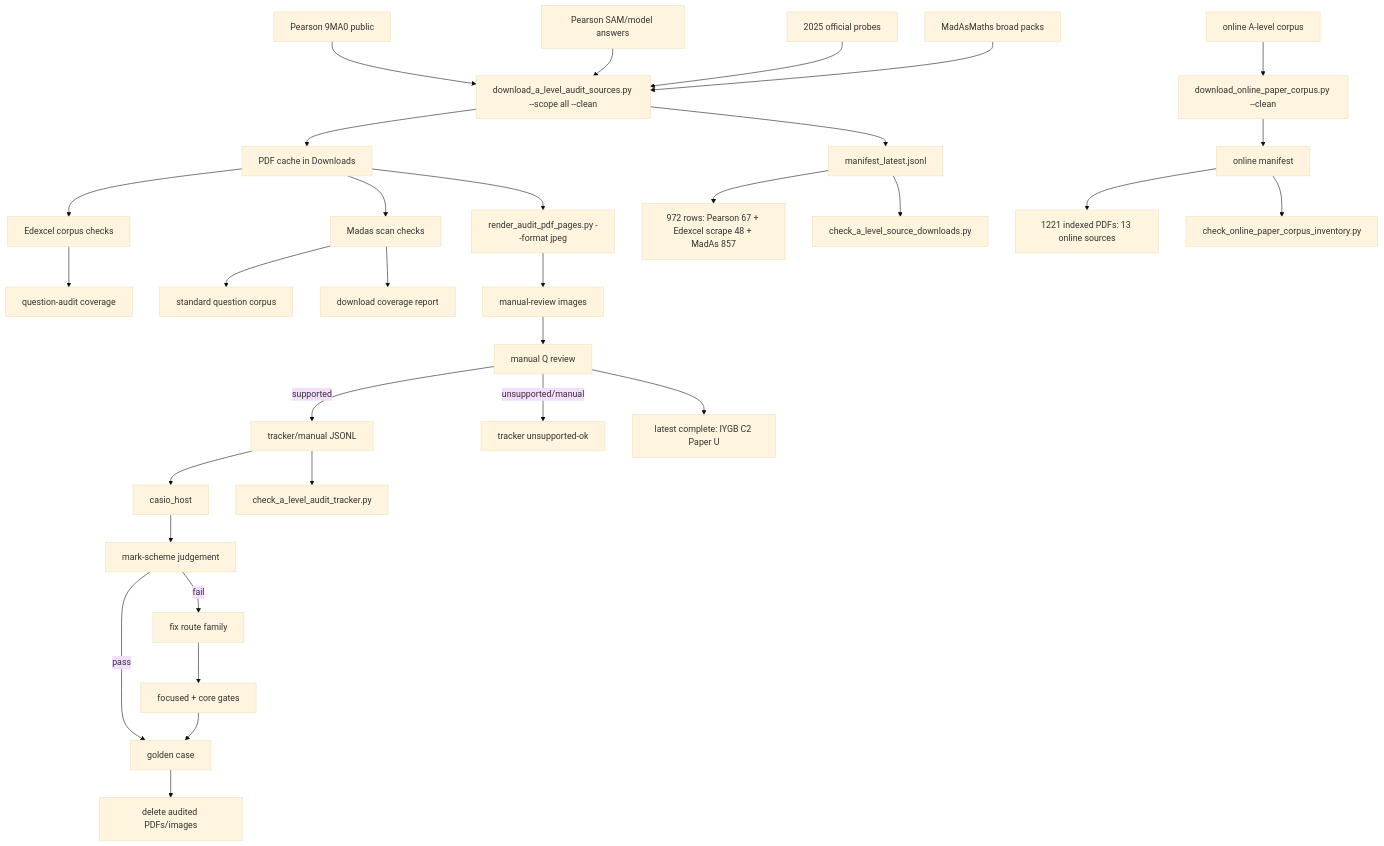
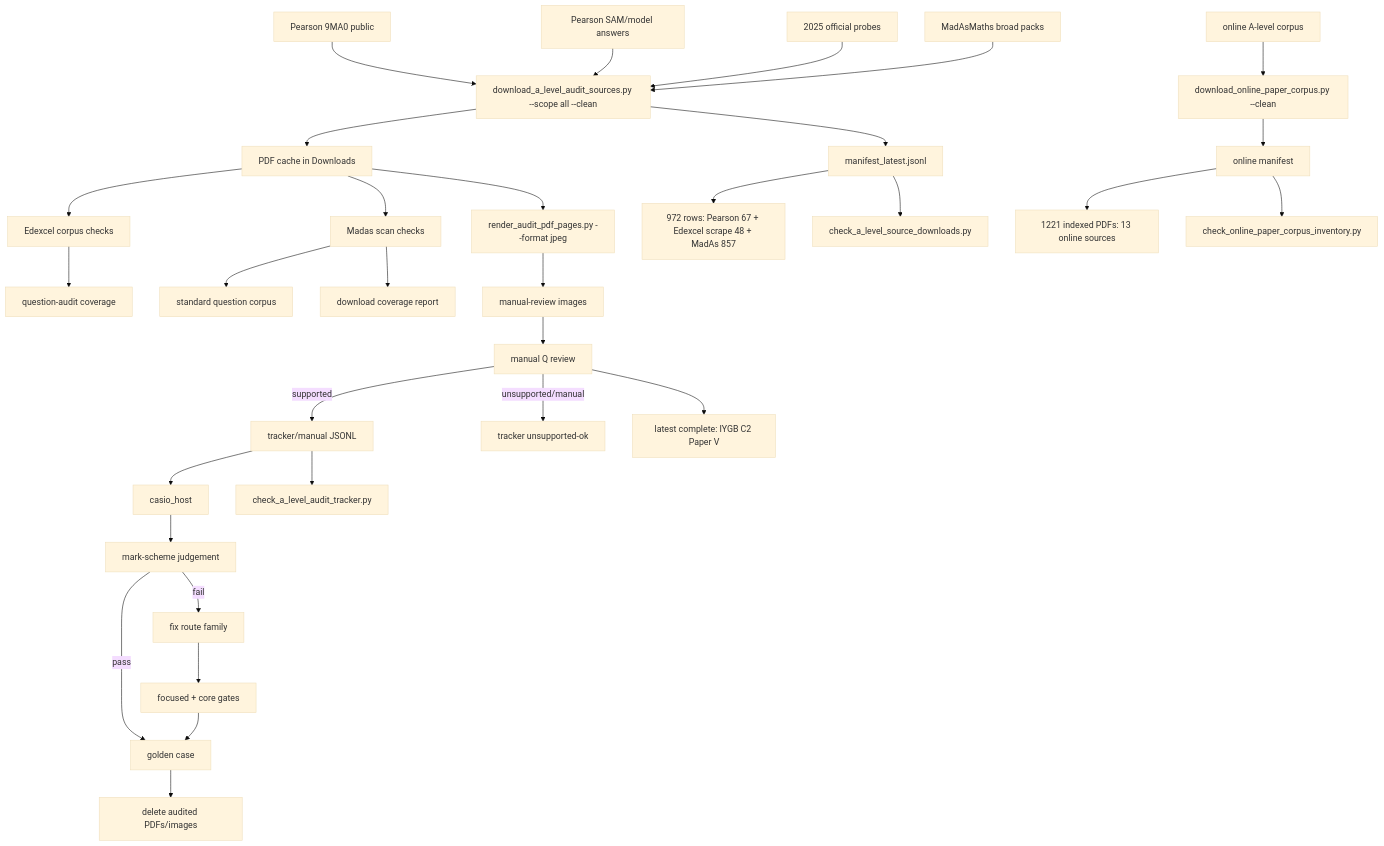
Before and after one commit to james8464/notes-addin-casio-fx-cg50: the diagram in c++/tools/golden/a_level_audit_graph.md, drawn with Mermaid (base theme). The commit also changed other lines of this file and 2 other files, not shown here.

Commit message:
Audit IYGB C2 Paper V

````diff
--- a/c++/tools/golden/a_level_audit_graph.md
+++ b/c++/tools/golden/a_level_audit_graph.md
@@ -3,34 +3,34 @@
 ```mermaid
 graph TD
   E1["Pearson 9MA0 public"] --> D["download_a_level_audit_sources.py --scope all --clean"]
   E2["Pearson SAM/model answers"] --> D
   E3["2025 official probes"] --> D
   M1["MadAsMaths broad packs"] --> D
   O1["online A-level corpus"] --> OD["download_online_paper_corpus.py --clean"]
   D --> P["PDF cache in Downloads"]
   D --> X["manifest_latest.jsonl"]
   OD --> OX["online manifest"]
   X --> XC["972 rows: Pearson 67 + Edexcel scrape 48 + MadAs 857"]
   OX --> OC["1221 indexed PDFs: 13 online sources"]
   X --> V["check_a_level_source_downloads.py"]
   OX --> OV["check_online_paper_corpus_inventory.py"]
   P --> E["Edexcel corpus checks"]
   E --> EQ["question-audit coverage"]
   P --> S["Madas scan checks"]
   S --> M["standard question corpus"]
   S --> MC["download coverage report"]
   P --> R["render_audit_pdf_pages.py --format jpeg"]
   R --> I["manual-review images"]
   I --> Q["manual Q review"]
   Q -->|supported| J["tracker/manual JSONL"]
   Q -->|unsupported/manual| U["tracker unsupported-ok"]
   J --> H["casio_host"]
   J --> K["check_a_level_audit_tracker.py"]
   H --> C["mark-scheme judgement"]
   C -->|pass| G["golden case"]
   C -->|fail| F["fix route family"]
   F --> T["focused + core gates"]
   T --> G
   G --> Z["delete audited PDFs/images"]
-  Q --> Qt["latest complete: IYGB C2 Paper U"]
+  Q --> Qt["latest complete: IYGB C2 Paper V"]
 ```
````
